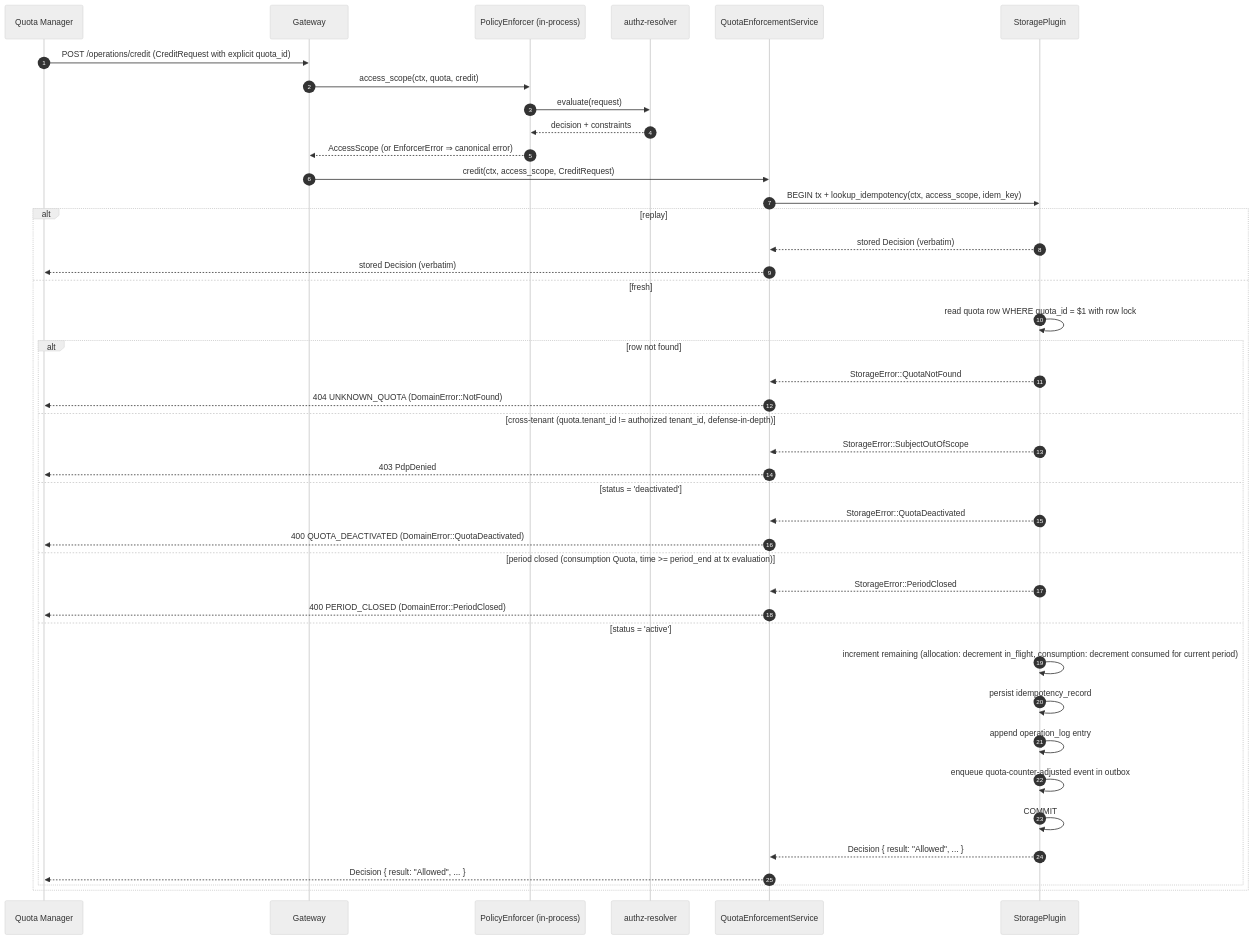
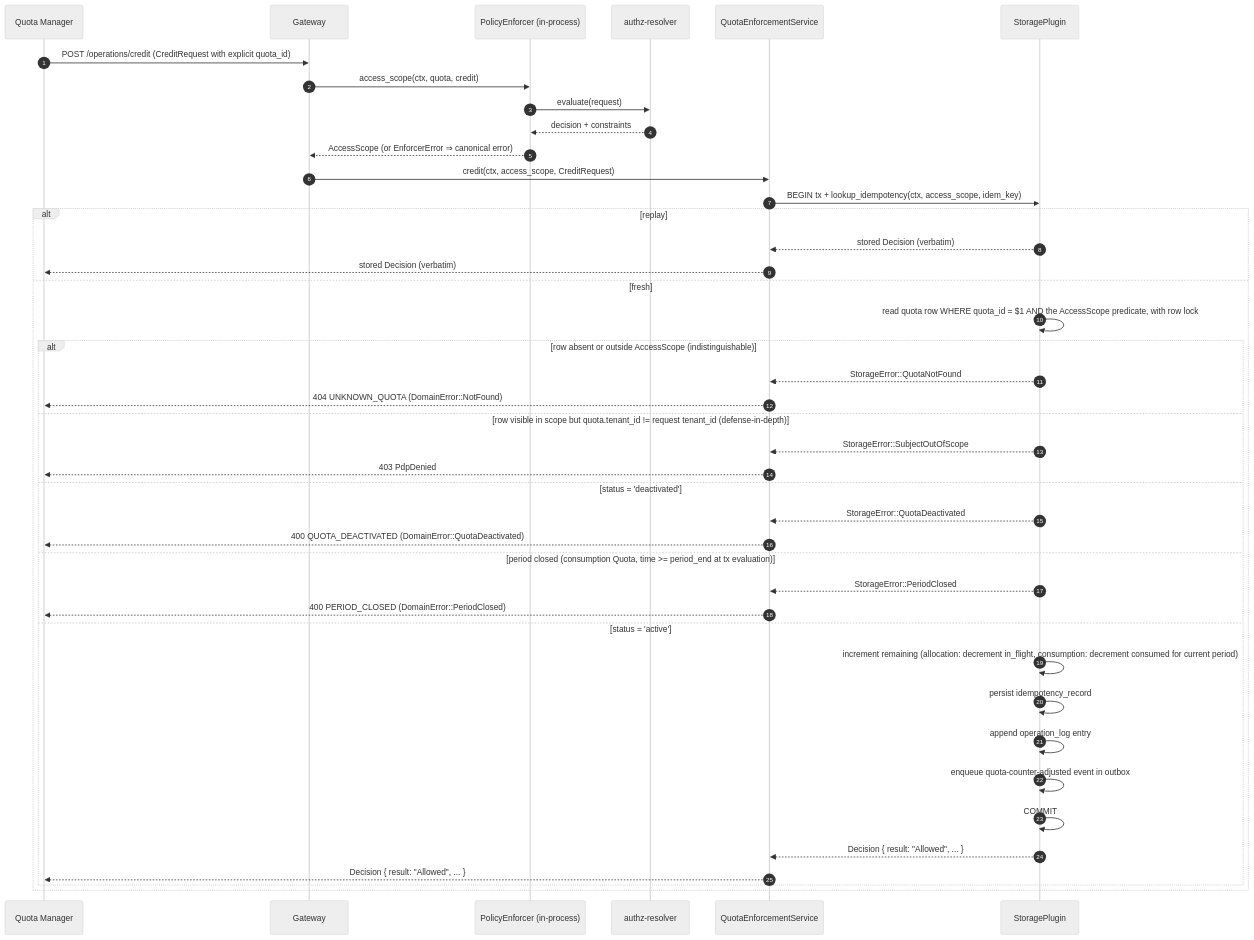
One commit to AndIConstructor/gears-rust changed the fifth of 17 diagrams in gears/system/quota-enforcement/docs/DESIGN.md. Above: the diagram before and after it, drawn with Mermaid (neutral theme). The commit also changed other lines of this file and 1 other file, not shown here.

Commit message:
docs(quota-enforcement): an out-of-scope quota_id is indistinguishable from an unknown one

````diff
--- a/gears/system/quota-enforcement/docs/DESIGN.md
+++ b/gears/system/quota-enforcement/docs/DESIGN.md
@@ -1549,45 +1549,45 @@
 ```mermaid
 sequenceDiagram
     autonumber
     participant QM as Quota Manager
     participant GW as Gateway
     participant PEP as PolicyEnforcer (in-process)
     participant PDP as authz-resolver
     participant QES as QuotaEnforcementService
     participant SP as StoragePlugin
 
     QM ->> GW: POST /operations/credit (CreditRequest with explicit quota_id)
     GW ->> PEP: access_scope(ctx, quota, credit)
     PEP ->> PDP: evaluate(request)
     PDP -->> PEP: decision + constraints
     PEP -->> GW: AccessScope (or EnforcerError ⇒ canonical error)
     GW ->> QES: credit(ctx, access_scope, CreditRequest)
     QES ->> SP: BEGIN tx + lookup_idempotency(ctx, access_scope, idem_key)
     alt replay
         SP -->> QES: stored Decision (verbatim)
         QES -->> QM: stored Decision (verbatim)
     else fresh
-        SP ->> SP: read quota row WHERE quota_id = $1 with row lock
-        alt row not found
+        SP ->> SP: read quota row WHERE quota_id = $1 AND the AccessScope predicate, with row lock
+        alt row absent or outside AccessScope (indistinguishable)
             SP -->> QES: StorageError::QuotaNotFound
             QES -->> QM: 404 UNKNOWN_QUOTA (DomainError::NotFound)
-        else cross-tenant (quota.tenant_id != authorized tenant_id, defense-in-depth)
+        else row visible in scope but quota.tenant_id != request tenant_id (defense-in-depth)
             SP -->> QES: StorageError::SubjectOutOfScope
             QES -->> QM: 403 PdpDenied
         else status = 'deactivated'
             SP -->> QES: StorageError::QuotaDeactivated
             QES -->> QM: 400 QUOTA_DEACTIVATED (DomainError::QuotaDeactivated)
         else period closed (consumption Quota, time >= period_end at tx evaluation)
             SP -->> QES: StorageError::PeriodClosed
             QES -->> QM: 400 PERIOD_CLOSED (DomainError::PeriodClosed)
         else status = 'active'
             SP ->> SP: increment remaining (allocation: decrement in_flight, consumption: decrement consumed for current period)
             SP ->> SP: persist idempotency_record
             SP ->> SP: append operation_log entry
             SP ->> SP: enqueue quota-counter-adjusted event in outbox
             SP ->> SP: COMMIT
             SP -->> QES: Decision { result: "Allowed", ... }
             QES -->> QM: Decision { result: "Allowed", ... }
         end
     end
 ```
````
